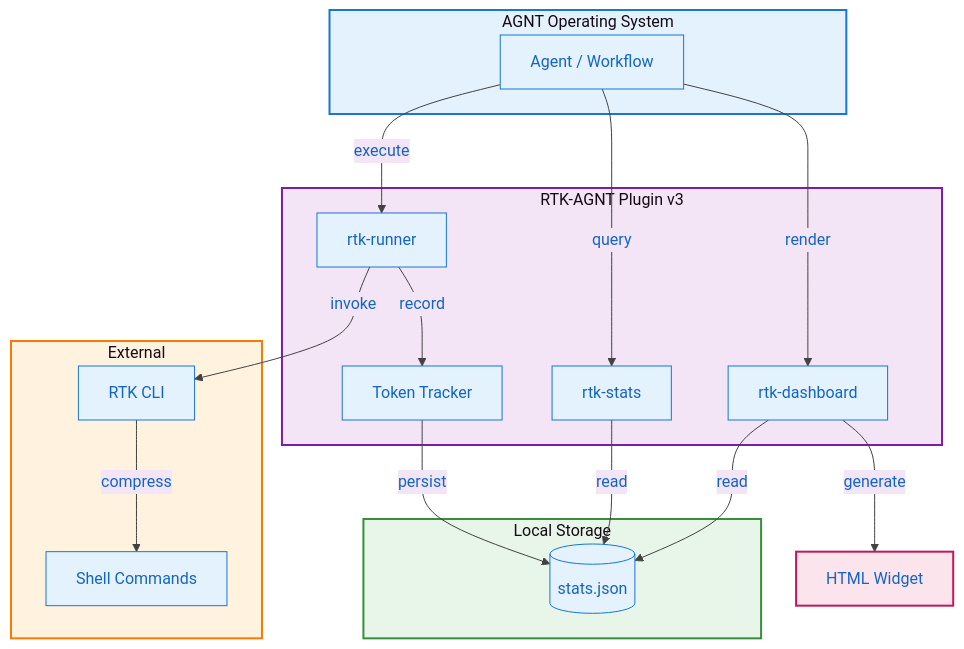
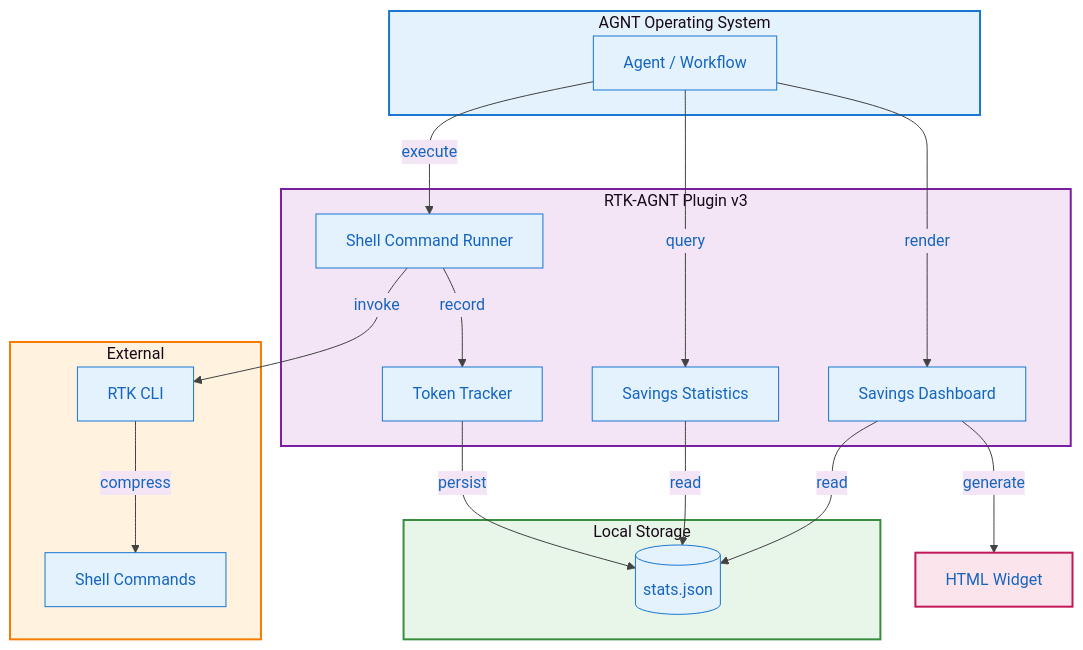
Before and after one commit to unRekable/rtk-agnt-integration: the first of 2 diagrams in README.md, drawn with Mermaid. The commit also changed other lines of this file, not shown here.

````diff
--- a/README.md
+++ b/README.md
@@ -13,40 +115,40 @@
 ```mermaid
 %%{init: {'theme': 'base', 'themeVariables': { 'primaryColor': '#e3f2fd', 'primaryTextColor': '#1565c0', 'primaryBorderColor': '#1976d2', 'lineColor': '#424242', 'secondaryColor': '#f3e5f5', 'tertiaryColor': '#e8f5e9'}}}%%
 graph TD
     subgraph AGNT["AGNT Operating System"]
         A[Agent / Workflow]
     end
 
     subgraph Plugin["RTK-AGNT Plugin v3"]
-        B[rtk-runner]
-        C[rtk-stats]
-        D[rtk-dashboard]
+        B[Shell Command Runner]
+        C[Savings Statistics]
+        D[Savings Dashboard]
         F[Token Tracker]
     end
 
     subgraph Persistence["Local Storage"]
         G[(stats.json)]
     end
 
     subgraph External["External"]
         E[RTK CLI]
         H[Shell Commands]
     end
 
     A -->|execute| B
     A -->|query| C
     A -->|render| D
     B -->|invoke| E
     E -->|compress| H
     B -->|record| F
     F -->|persist| G
     C -->|read| G
     D -->|read| G
     D -->|generate| I[HTML Widget]
 
     style AGNT fill:#e3f2fd,stroke:#1976d2,stroke-width:2px
     style Plugin fill:#f3e5f5,stroke:#7b1fa2,stroke-width:2px
     style Persistence fill:#e8f5e9,stroke:#388e3c,stroke-width:2px
     style External fill:#fff3e0,stroke:#f57c00,stroke-width:2px
     style I fill:#fce4ec,stroke:#c2185b,stroke-width:2px
 ```
````
